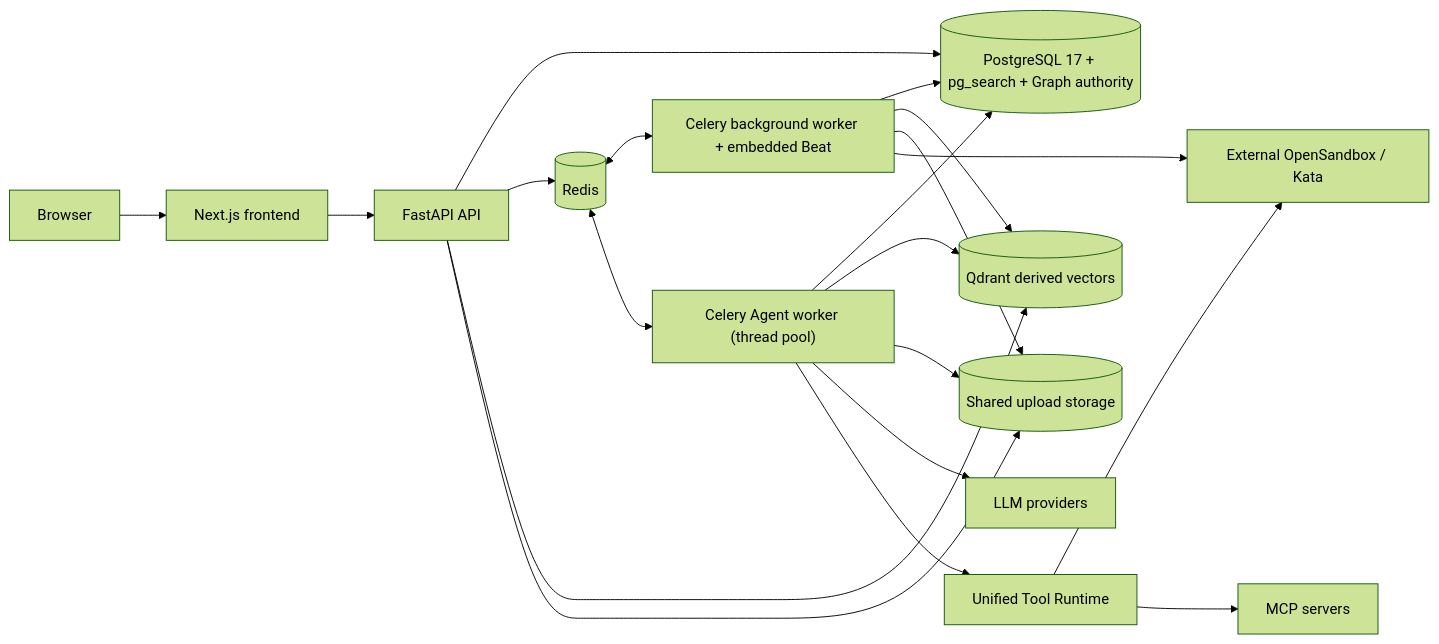
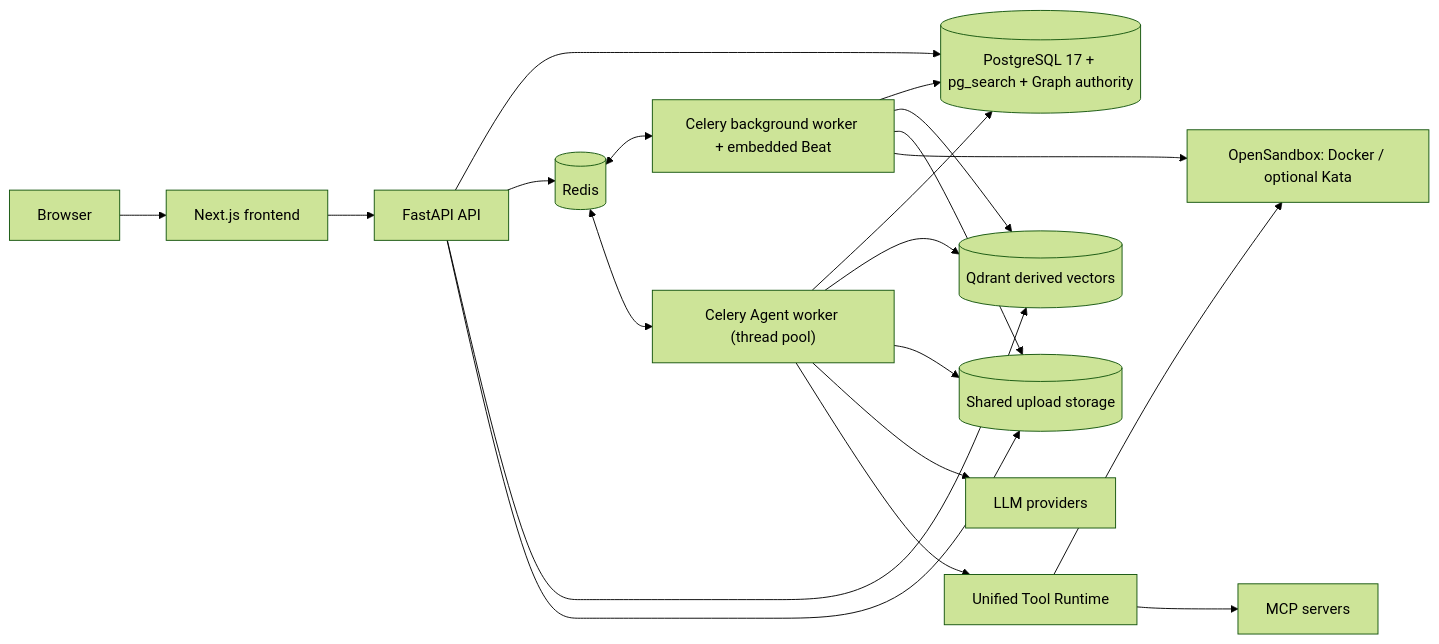
One commit to IQZZ020501/NexaFlow changed the diagram in README.md. Above: the diagram before and after it, drawn with Mermaid (forest theme). The commit also changed other lines of this file and 15 other files, not shown here.

````diff
--- a/README.md
+++ b/README.md
@@ -46,22 +46,22 @@
 ```mermaid
 flowchart LR
     Browser[Browser] --> Web[Next.js frontend]
     Web --> API[FastAPI API]
     API --> DB[("PostgreSQL 17 + pg_search + Graph authority")]
     API --> Redis[(Redis)]
     API --> Qdrant[("Qdrant derived vectors")]
     API --> Storage[("Shared upload storage")]
     Redis <--> Worker["Celery background worker + embedded Beat"]
     Redis <--> AgentWorker["Celery Agent worker (thread pool)"]
     Worker --> DB
     Worker --> Qdrant
     Worker --> Storage
-    Worker --> Sandbox[External OpenSandbox / Kata]
+    Worker --> Sandbox[OpenSandbox: Docker / optional Kata]
     AgentWorker --> DB
     AgentWorker --> Qdrant
     AgentWorker --> Storage
     AgentWorker --> Models[LLM providers]
     AgentWorker --> ToolRuntime[Unified Tool Runtime]
     ToolRuntime --> Sandbox
     ToolRuntime --> MCP[MCP servers]
 ```
````
